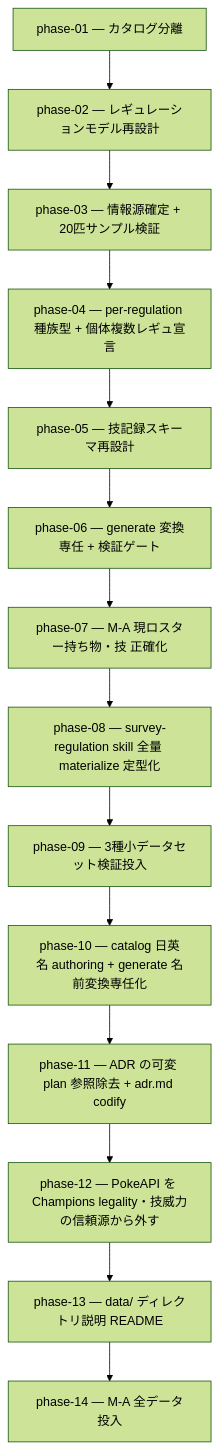
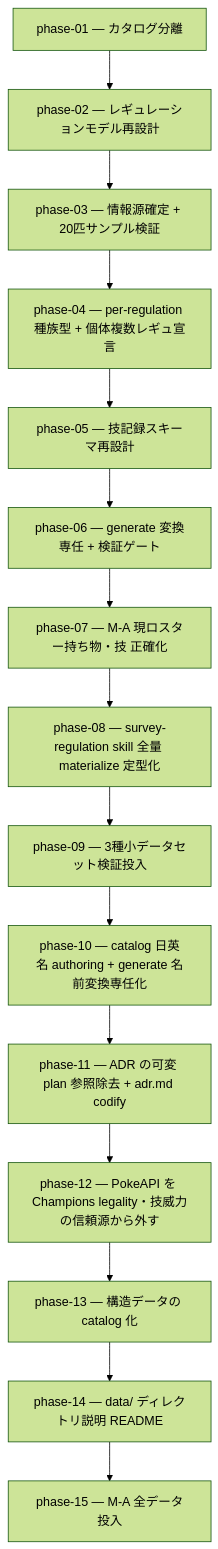
The diagram in docs/plan/02-data-model-redesign/README.md (subroh0508/pokeform), drawn with Mermaid (forest theme) before and after one commit. The commit also changed other lines of this file and 11 other files, not shown here.

First line of the commit message:
docs(plan): 構造データの catalog 化(Phase13) を挿入し README/M-A を 14/15 へ繰り下げ

````diff
--- a/docs/plan/02-data-model-redesign/README.md
+++ b/docs/plan/02-data-model-redesign/README.md
@@ -14,16 +14,17 @@
 ```mermaid
 flowchart TD
     P1[phase-01 — カタログ分離] --> P2[phase-02 — レギュレーションモデル再設計]
     P2 --> P3[phase-03 — 情報源確定 + 20匹サンプル検証]
     P3 --> P4[phase-04 — per-regulation 種族型 + 個体複数レギュ宣言]
     P4 --> P5[phase-05 — 技記録スキーマ再設計]
     P5 --> P6[phase-06 — generate 変換専任 + 検証ゲート]
     P6 --> P7[phase-07 — M-A 現ロスター持ち物・技 正確化]
     P7 --> P8[phase-08 — survey-regulation skill 全量 materialize 定型化]
     P8 --> P9[phase-09 — 3種小データセット検証投入]
     P9 --> P10[phase-10 — catalog 日英名 authoring + generate 名前変換専任化]
     P10 --> P11[phase-11 — ADR の可変 plan 参照除去 + adr.md codify]
     P11 --> P12[phase-12 — PokeAPI を Champions legality・技威力の信頼源から外す]
-    P12 --> P13[phase-13 — data/ ディレクトリ説明 README]
-    P13 --> P14[phase-14 — M-A 全データ投入]
+    P12 --> P13[phase-13 — 構造データの catalog 化]
+    P13 --> P14[phase-14 — data/ ディレクトリ説明 README]
+    P14 --> P15[phase-15 — M-A 全データ投入]
 ```
````
